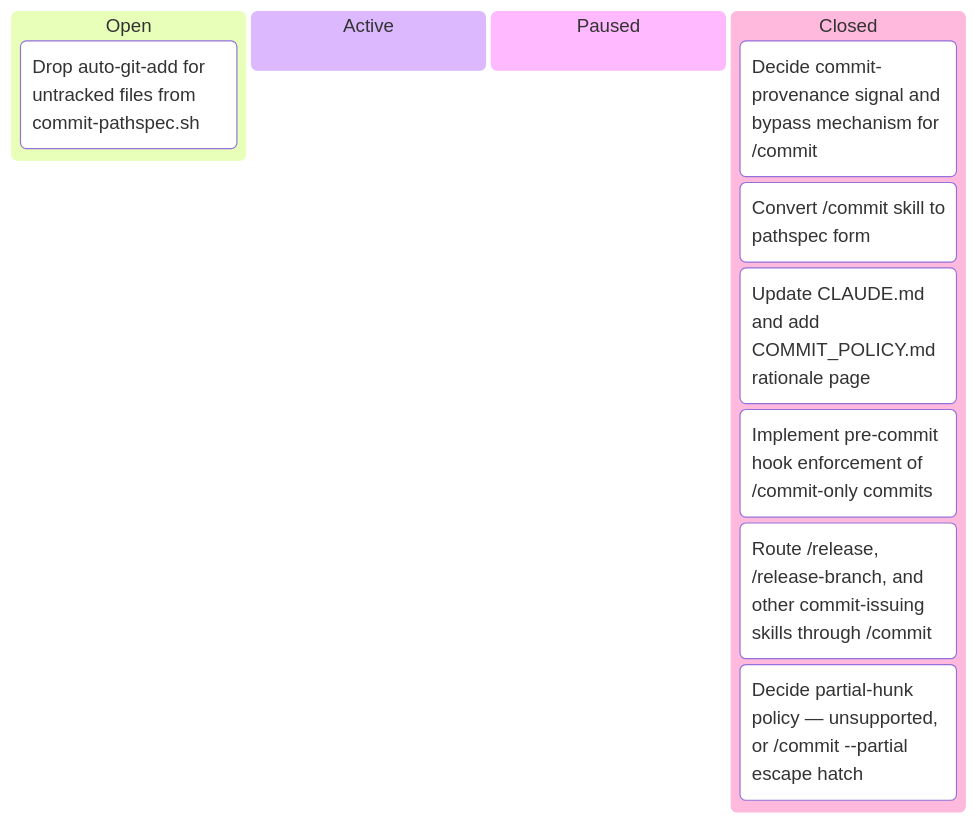
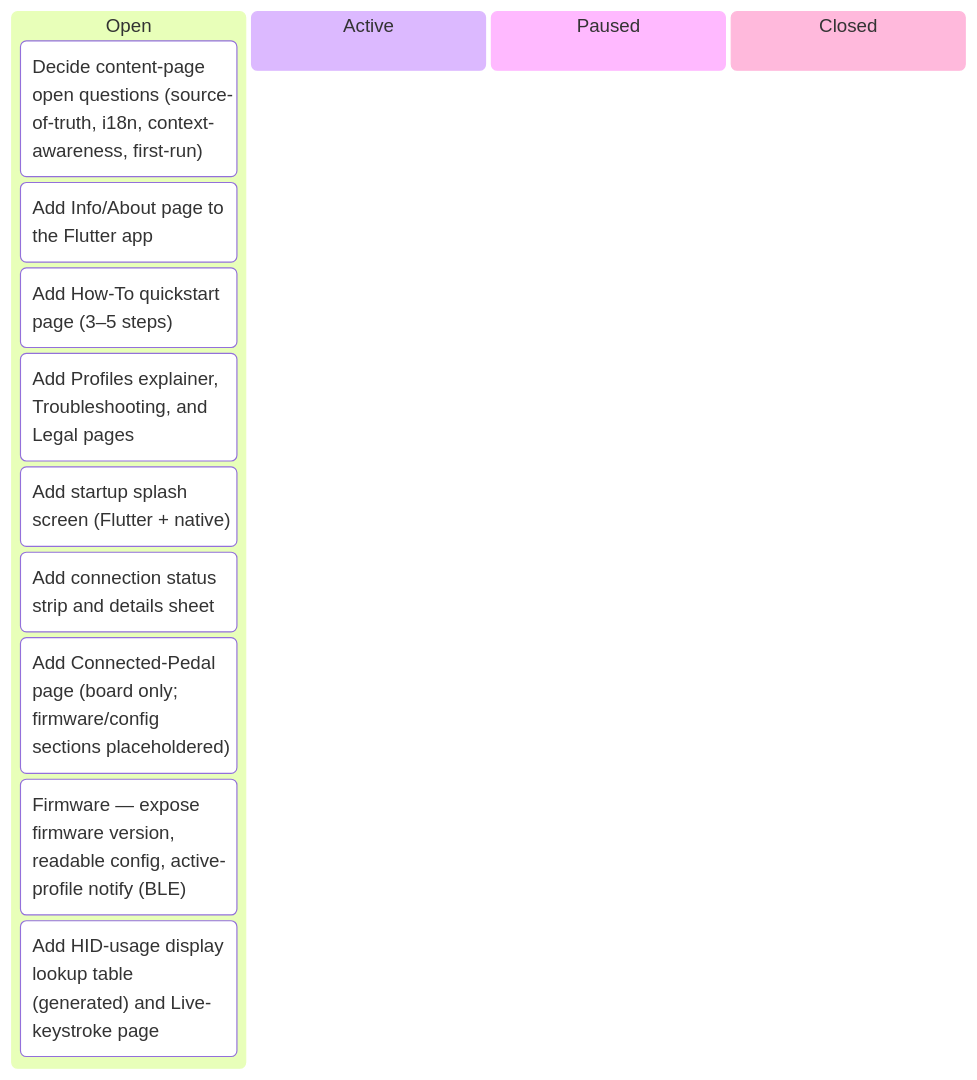
The first of 7 diagrams in docs/developers/tasks/KANBAN.md (tgd1975/AwesomeStudioPedal), drawn with Mermaid before and after one commit. The commit also changed other lines of this file and 7 other files, not shown here.

First line of the commit message:
close TASK-329: Drop auto-git-add for untracked files from commit-pathspec.sh

````diff
--- a/docs/developers/tasks/KANBAN.md
+++ b/docs/developers/tasks/KANBAN.md
@@ -11,14 +11,16 @@
 ```mermaid
 kanban
   Open
-    TASK_329["Drop auto-git-add for untracked files from commit-pathspec.sh"]
+    TASK_330["Decide content-page open questions (source-of-truth, i18n, context-awareness, first-run)"]
+    TASK_331["Add Info/About page to the Flutter app"]
+    TASK_332["Add How-To quickstart page (3–5 steps)"]
+    TASK_333["Add Profiles explainer, Troubleshooting, and Legal pages"]
+    TASK_334["Add startup splash screen (Flutter + native)"]
+    TASK_335["Add connection status strip and details sheet"]
+    TASK_336["Add Connected-Pedal page (board only; firmware/config sections placeholdered)"]
+    TASK_337["Firmware — expose firmware version, readable config, active-profile notify (BLE)"]
+    TASK_338["Add HID-usage display lookup table (generated) and Live-keystroke page"]
   Active
   Paused
   Closed
-    TASK_322["Decide commit-provenance signal and bypass mechanism for /commit"]
-    TASK_323["Convert /commit skill to pathspec form"]
-    TASK_324["Update CLAUDE.md and add COMMIT_POLICY.md rationale page"]
-    TASK_325["Implement pre-commit hook enforcement of /commit-only commits"]
-    TASK_326["Route /release, /release-branch, and other commit-issuing skills through /commit"]
-    TASK_327["Decide partial-hunk policy — unsupported, or /commit --partial escape hatch"]
 ```
````
